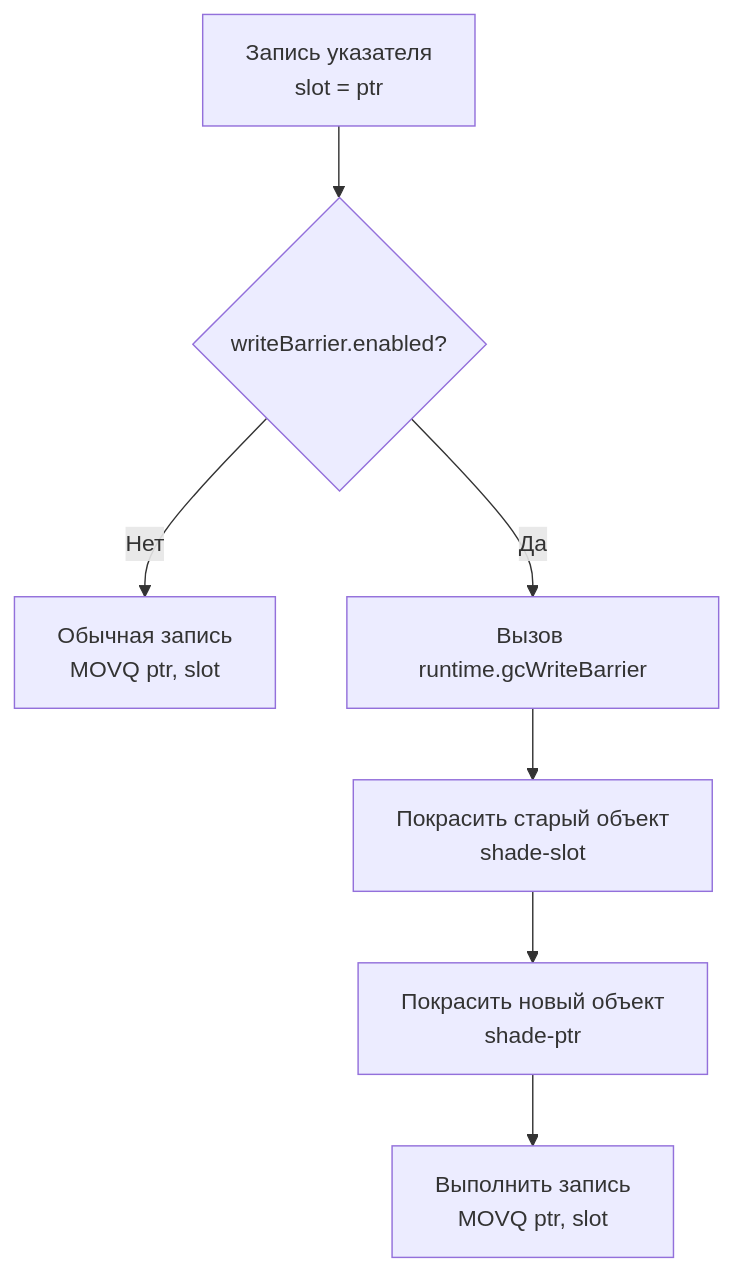
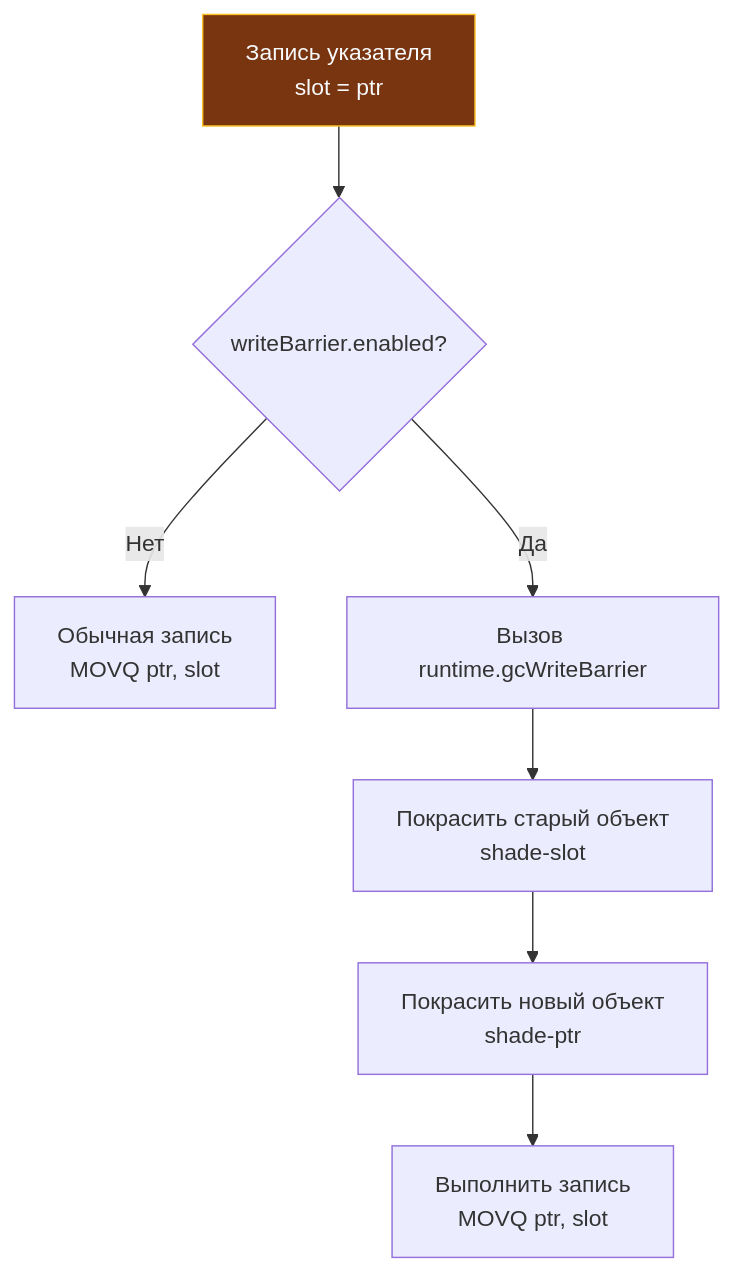
Before and after one commit to UnrealTemplier/go-textbook: the diagram in sources/7. Глубокий Go (Внутреннее устройство)/27. Write Barrier и почему она нужна.md, drawn with Mermaid. The commit also changed 1666 other files, not shown here.

First line of the commit message:
feat(mermaid): add semantic color classDef to 1369 colorless flowchart/graph diagrams

````diff
--- a/sources/7. Глубокий Go (Внутреннее устройство)/27. Write Barrier и почему она нужна.md
+++ b/sources/7. Глубокий Go (Внутреннее устройство)/27. Write Barrier и почему она нужна.md
@@ -55,11 +55,21 @@
 ```mermaid
 flowchart TD
-    WRITE["Запись указателя<br>slot = ptr"] --> CHECK{"writeBarrier.enabled?"}
+    classDef process  fill:#1e293b,stroke:#38bdf8,stroke-width:1px,color:#f8fafc
+    classDef success  fill:#064e3b,stroke:#34d399,stroke-width:1px,color:#f8fafc
+    classDef error    fill:#7f1d1d,stroke:#f87171,stroke-width:1px,color:#f8fafc
+    classDef warning  fill:#78350f,stroke:#fbbf24,stroke-width:1px,color:#f8fafc
+    classDef entry    fill:#1e3a5f,stroke:#38bdf8,stroke-width:2px,color:#f8fafc
+    classDef aux      fill:#334155,stroke:#64748b,stroke-width:1px,color:#f8fafc
+    classDef system   fill:#312e81,stroke:#a78bfa,stroke-width:1px,color:#f8fafc
+    classDef data     fill:#132d29,stroke:#2dd4bf,stroke-width:1px,color:#f8fafc
+    classDef network  fill:#881337,stroke:#fb7185,stroke-width:1px,color:#f8fafc
+    classDef accent   fill:#1e1b4b,stroke:#818cf8,stroke-width:1px,color:#f8fafc
+    WRITE["Запись указателя<br>slot = ptr"]:::warning --> CHECK{"writeBarrier.enabled?"}
     
     CHECK -->|"Нет"| FAST_PATH["Обычная запись<br>MOVQ ptr, slot"]
     CHECK -->|"Да"| SLOW_PATH["Вызов runtime.gcWriteBarrier"]
     
     SLOW_PATH --> SHADE_OLD["Покрасить старый объект<br>shade-slot"]
     SHADE_OLD --> SHADE_NEW["Покрасить новый объект<br>shade-ptr"]
     SHADE_NEW --> DO_WRITE["Выполнить запись<br>MOVQ ptr, slot"]
 ```
````
